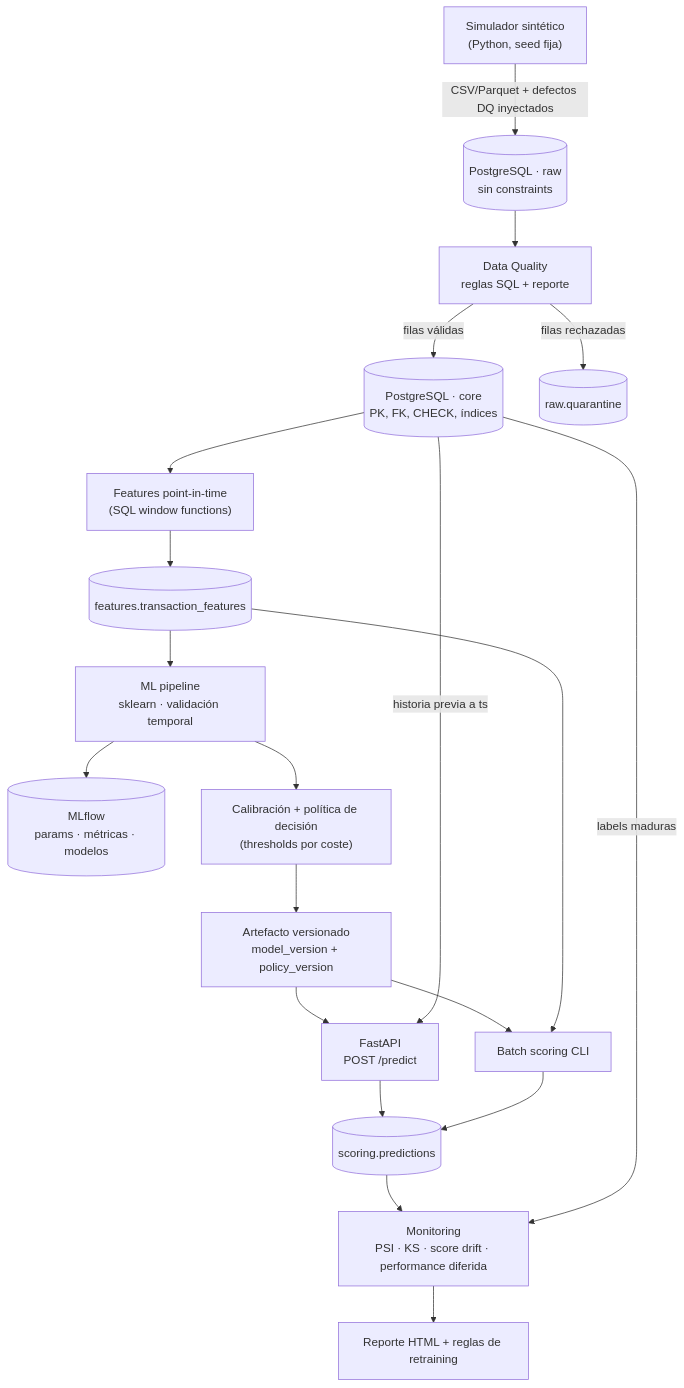
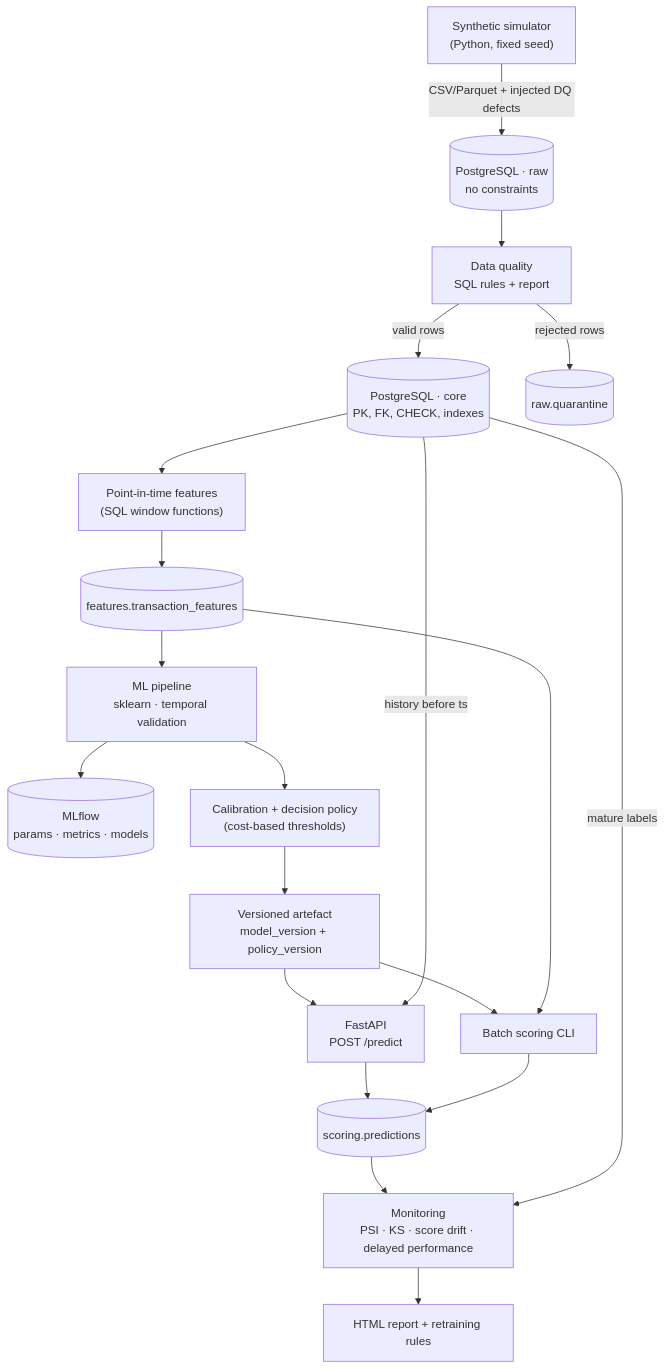
One commit to JavierMolero12/fraud-detection-platform changed the first of 2 diagrams in docs/phase1_design.md. Above: the diagram before and after it, drawn with Mermaid. The commit also changed other lines of this file and 4 other files, not shown here.

First line of the commit message:
docs: English design and decisions, architecture as built, final report

````diff
--- a/docs/phase1_design.md
+++ b/docs/phase1_design.md
@@ -77,22 +78,22 @@
 ```mermaid
 flowchart TD
-    SIM["Simulador sintético<br/>(Python, seed fija)"] -->|CSV/Parquet + defectos DQ inyectados| RAW[("PostgreSQL · raw<br/>sin constraints")]
-    RAW --> DQ["Data Quality<br/>reglas SQL + reporte"]
-    DQ -->|filas válidas| CORE[("PostgreSQL · core<br/>PK, FK, CHECK, índices")]
-    DQ -->|filas rechazadas| QUAR[("raw.quarantine")]
-    CORE --> FEAT["Features point-in-time<br/>(SQL window functions)"]
+    SIM["Synthetic simulator<br/>(Python, fixed seed)"] -->|CSV/Parquet + injected DQ defects| RAW[("PostgreSQL · raw<br/>no constraints")]
+    RAW --> DQ["Data quality<br/>SQL rules + report"]
+    DQ -->|valid rows| CORE[("PostgreSQL · core<br/>PK, FK, CHECK, indexes")]
+    DQ -->|rejected rows| QUAR[("raw.quarantine")]
+    CORE --> FEAT["Point-in-time features<br/>(SQL window functions)"]
     FEAT --> FT[("features.transaction_features")]
-    FT --> ML["ML pipeline<br/>sklearn · validación temporal"]
-    ML --> MLF[("MLflow<br/>params · métricas · modelos")]
-    ML --> POL["Calibración + política de decisión<br/>(thresholds por coste)"]
-    POL --> ART["Artefacto versionado<br/>model_version + policy_version"]
+    FT --> ML["ML pipeline<br/>sklearn · temporal validation"]
+    ML --> MLF[("MLflow<br/>params · metrics · models")]
+    ML --> POL["Calibration + decision policy<br/>(cost-based thresholds)"]
+    POL --> ART["Versioned artefact<br/>model_version + policy_version"]
     ART --> API["FastAPI<br/>POST /predict"]
     ART --> BATCH["Batch scoring CLI"]
-    CORE -->|historia previa a ts| API
+    CORE -->|history before ts| API
     FT --> BATCH
     API --> PRED[("scoring.predictions")]
     BATCH --> PRED
-    PRED --> MON["Monitoring<br/>PSI · KS · score drift · performance diferida"]
-    CORE -->|labels maduras| MON
-    MON --> REP["Reporte HTML + reglas de retraining"]
+    PRED --> MON["Monitoring<br/>PSI · KS · score drift · delayed performance"]
+    CORE -->|mature labels| MON
+    MON --> REP["HTML report + retraining rules"]
 ```
````
